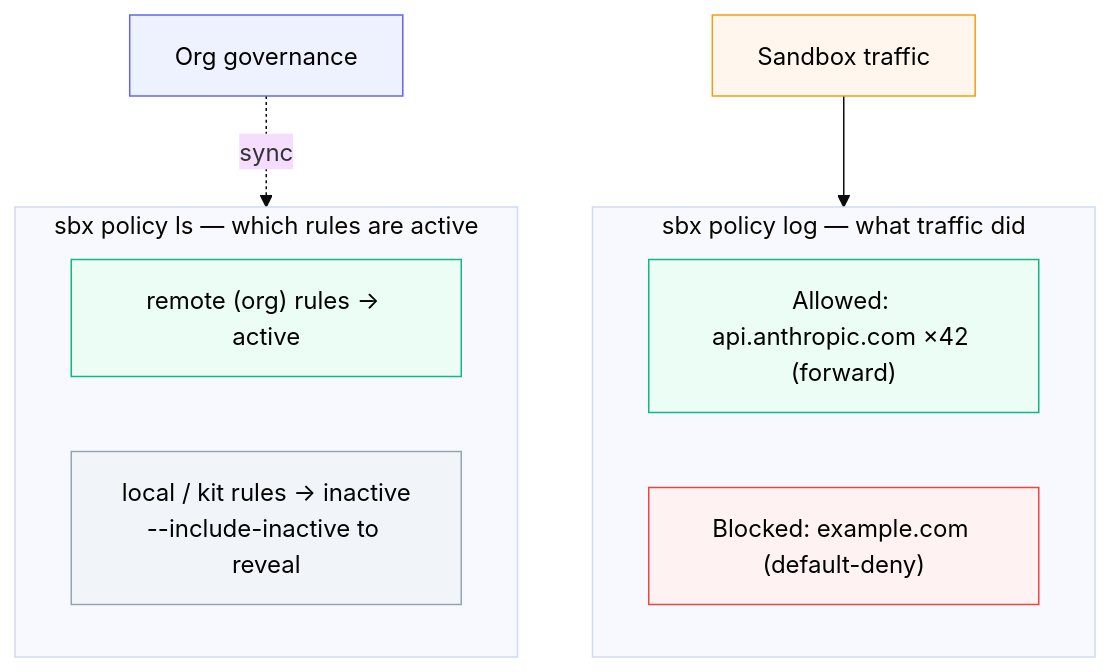
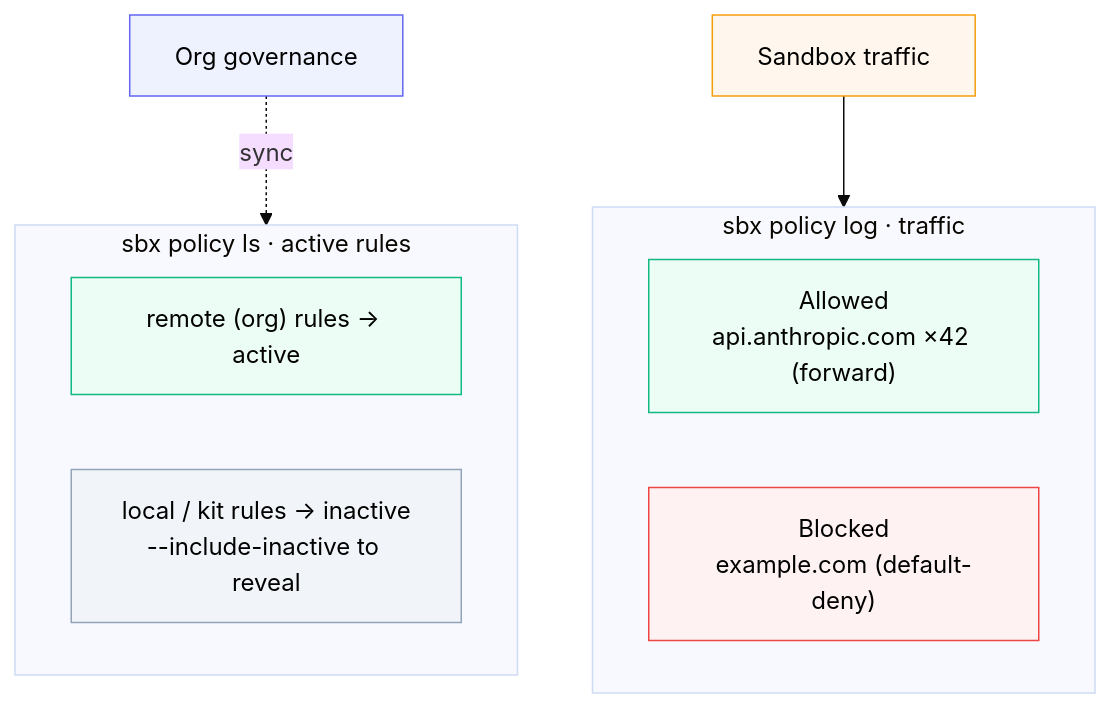
The diagram in labspace/09-monitoring-policies.md (ajeetraina/labspace-docker-ai-governance), drawn with Mermaid (base theme) before and after one commit. The commit also changed 14 other files, not shown here.

First line of the commit message:
Fix diagram text overflow: wrap long labels, shorten wide subgraph titles

````diff
--- a/labspace/09-monitoring-policies.md
+++ b/labspace/09-monitoring-policies.md
@@ -3,24 +3,24 @@
 ```mermaid
 flowchart TB
     ORG["Org governance"] -. sync .-> LS
-    subgraph LS["sbx policy ls — which rules are active"]
+    subgraph LS["sbx policy ls · active rules"]
         R1["remote (org) rules → active"]
         R2["local / kit rules → inactive<br/>--include-inactive to reveal"]
     end
     SBOX["Sandbox traffic"] --> LOG
-    subgraph LOG["sbx policy log — what traffic did"]
-        AL["Allowed: api.anthropic.com ×42 (forward)"]
-        BL["Blocked: example.com (default-deny)"]
+    subgraph LOG["sbx policy log · traffic"]
+        AL["Allowed<br/>api.anthropic.com ×42 (forward)"]
+        BL["Blocked<br/>example.com (default-deny)"]
     end
 
     classDef hub fill:#eef2ff,stroke:#6366f1,color:#000
     classDef pol fill:#fff7ed,stroke:#f59e0b,color:#000
     classDef ok fill:#ecfdf5,stroke:#10b981,color:#000
     classDef deny fill:#fef2f2,stroke:#ef4444,color:#000
     classDef idle fill:#f1f5f9,stroke:#94a3b8,color:#000
     class ORG hub
     class SBOX pol
     class R1,AL ok
     class BL deny
     class R2 idle
 ```
````
